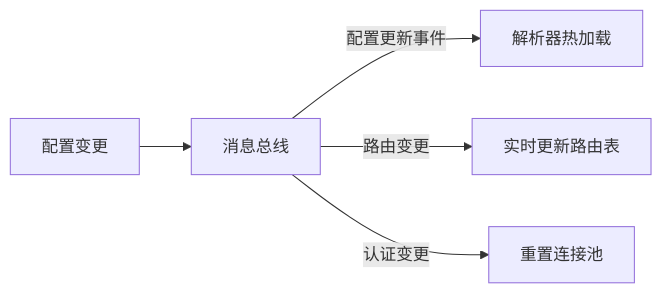
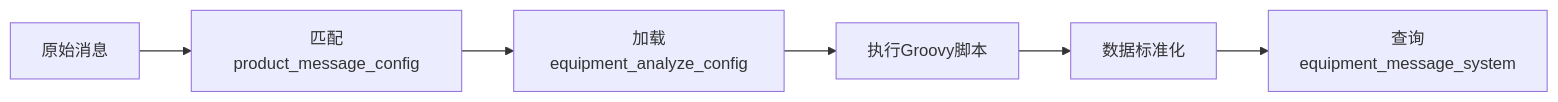
The diagram in all/未命名-5.md (fuyong859050943/iodraw-files), drawn with Mermaid before and after one commit.

Commit message:
2025-02-25 17:49:02 update

````diff
--- a/all/未命名-5.md
+++ b/all/未命名-5.md
@@ -1,7 +1,8 @@
 ```mermaid
 flowchart LR
-    ConfigChange[配置变更] --> MsgBus[消息总线]
-    MsgBus -->|配置更新事件| ParserReload[解析器热加载]
-    MsgBus -->|路由变更| RouteUpdate[实时更新路由表]
-    MsgBus -->|认证变更| AuthRefresh[重置连接池]
+    RawMsg[原始消息] --> MsgMatch[匹配product_message_config]
+    MsgMatch --> LoadParser[加载equipment_analyze_config]
+    LoadParser --> ExecScript[执行Groovy脚本]
+    ExecScript --> Transform[数据标准化]
+    Transform --> Route[查询equipment_message_system]
 ```
````
